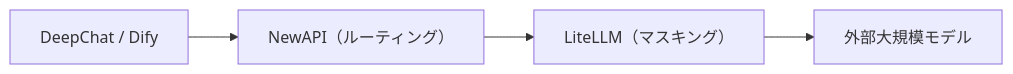
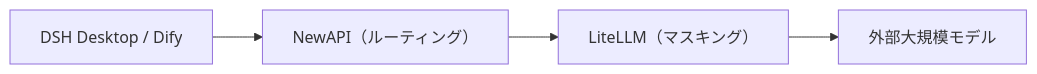
The diagram in docs/i18n/admin-manual-ja/ch01-overview.md (sdlyxianchao/AIAllInOne), drawn with Mermaid before and after one commit. The commit also changed other lines of this file and 306 other files, not shown here.

````diff
--- a/docs/i18n/admin-manual-ja/ch01-overview.md
+++ b/docs/i18n/admin-manual-ja/ch01-overview.md
@@ -71,6 +71,6 @@
 ```mermaid
 flowchart LR
-    A["DeepChat / Dify"] --> B["NewAPI（ルーティング）"]
+    A["DSH Desktop / Dify"] --> B["NewAPI（ルーティング）"]
     B["NewAPI（ルーティング）"] --> C["LiteLLM（マスキング）"]
     C["LiteLLM（マスキング）"] --> D["外部大規模モデル"]
 ```
````
